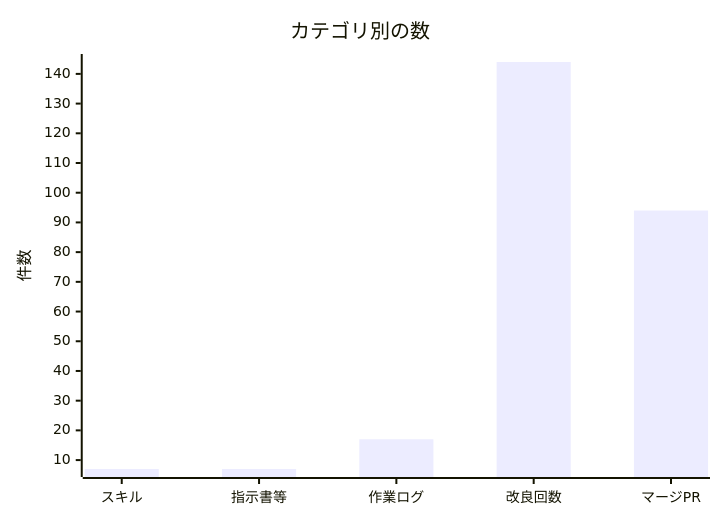
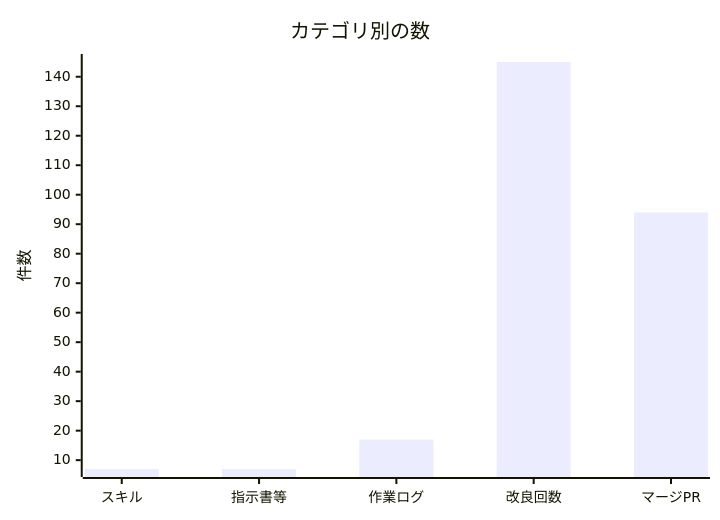
Before and after one commit to non-x2/non-x2: the second of 2 diagrams in docs/進化レポート.md, drawn with Mermaid. The commit also changed other lines of this file and 1 other file, not shown here.

````diff
--- a/docs/進化レポート.md
+++ b/docs/進化レポート.md
@@ -35,7 +35,7 @@
 ```mermaid
 xychart-beta
     title "カテゴリ別の数"
     x-axis ["スキル", "指示書等", "作業ログ", "改良回数", "マージPR"]
     y-axis "件数"
-    bar [7, 7, 17, 144, 94]
+    bar [7, 7, 17, 145, 94]
 ```
````
